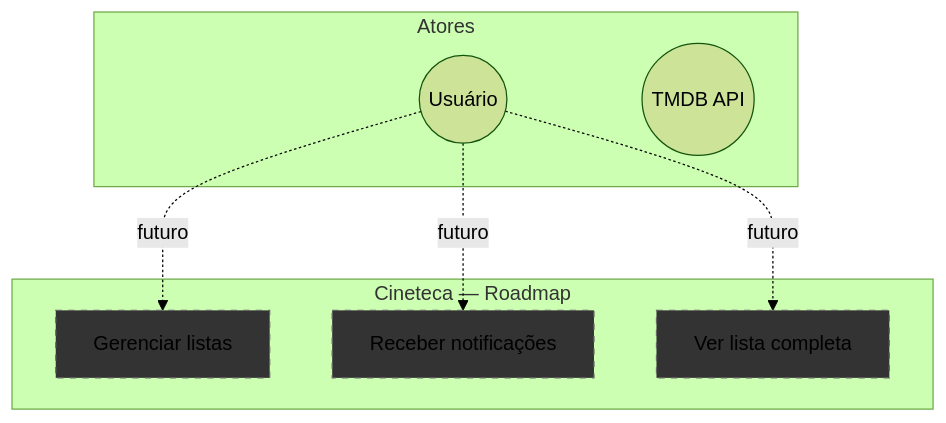
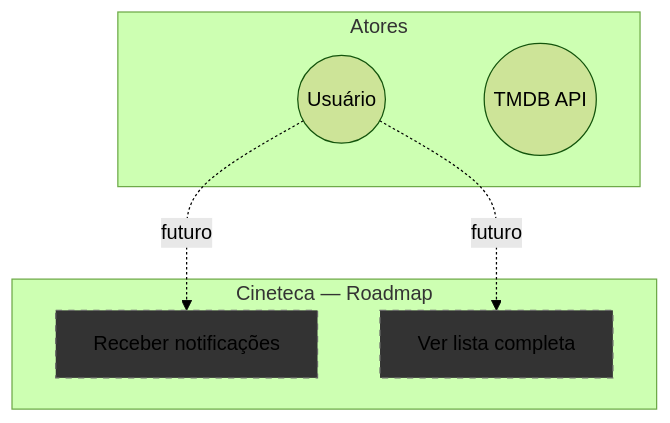
Before and after one commit to gilsonsantos03/cineteca: the third of 8 diagrams in cineteca/DOCUMENTACAO-PROJETO.md, drawn with Mermaid (forest theme). The commit also changed other lines of this file and 29 other files, not shown here.

````diff
--- a/cineteca/DOCUMENTACAO-PROJETO.md
+++ b/cineteca/DOCUMENTACAO-PROJETO.md
@@ -846,21 +888,18 @@
 ```mermaid
 graph TB
     subgraph Atores
         U((Usuário))
         API((TMDB API))
     end
 
     subgraph "Cineteca — Roadmap"
-        UC_LISTS[Gerenciar listas]
         UC_NOTIFY[Receber notificações]
         UC_SEEALL[Ver lista completa]
     end
 
-    U -.->|futuro| UC_LISTS
     U -.->|futuro| UC_NOTIFY
     U -.->|futuro| UC_SEEALL
 
-    style UC_LISTS fill:#333,stroke:#666,stroke-dasharray: 5 5
     style UC_NOTIFY fill:#333,stroke:#666,stroke-dasharray: 5 5
     style UC_SEEALL fill:#333,stroke:#666,stroke-dasharray: 5 5
 ```
````
